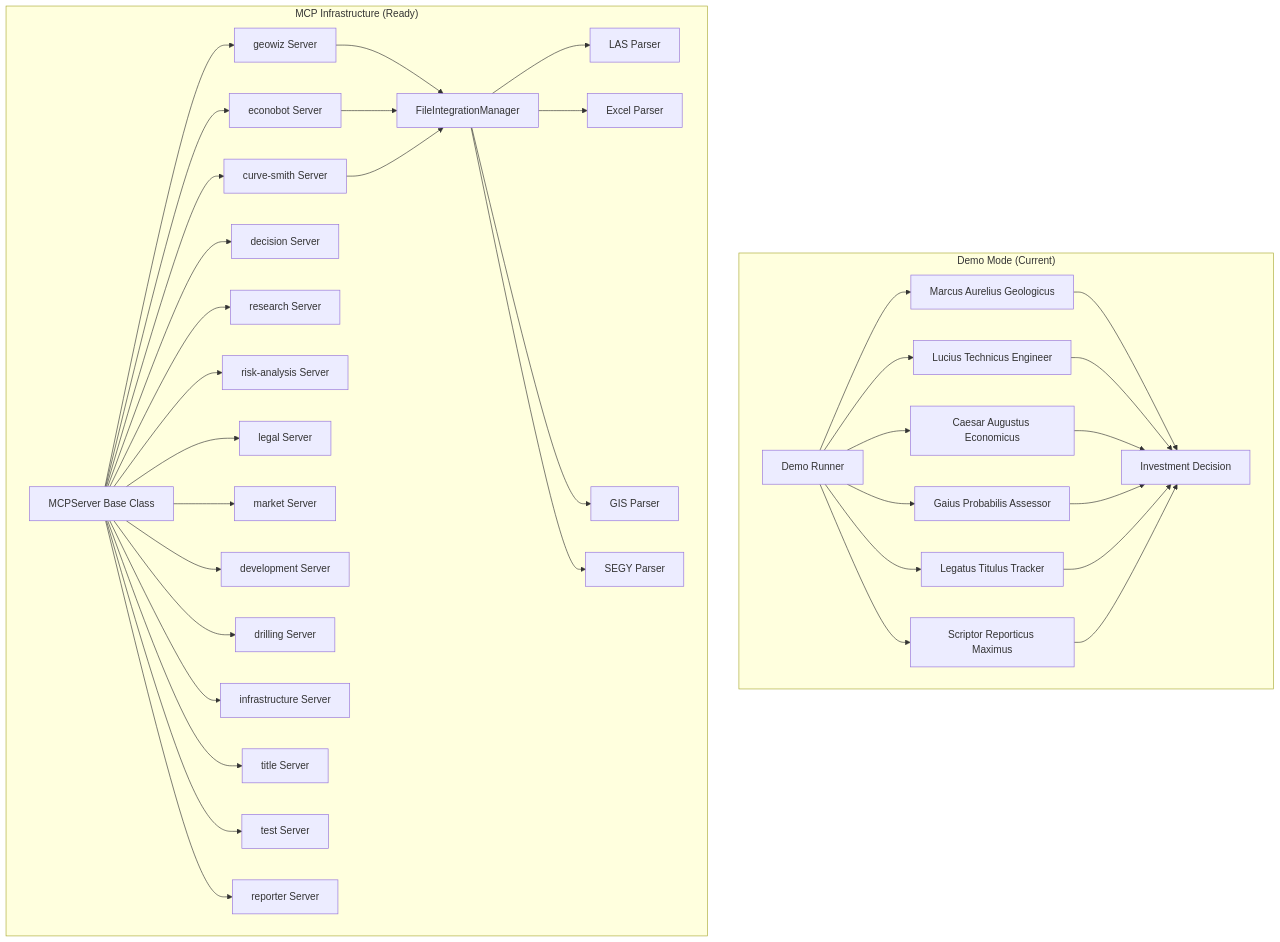
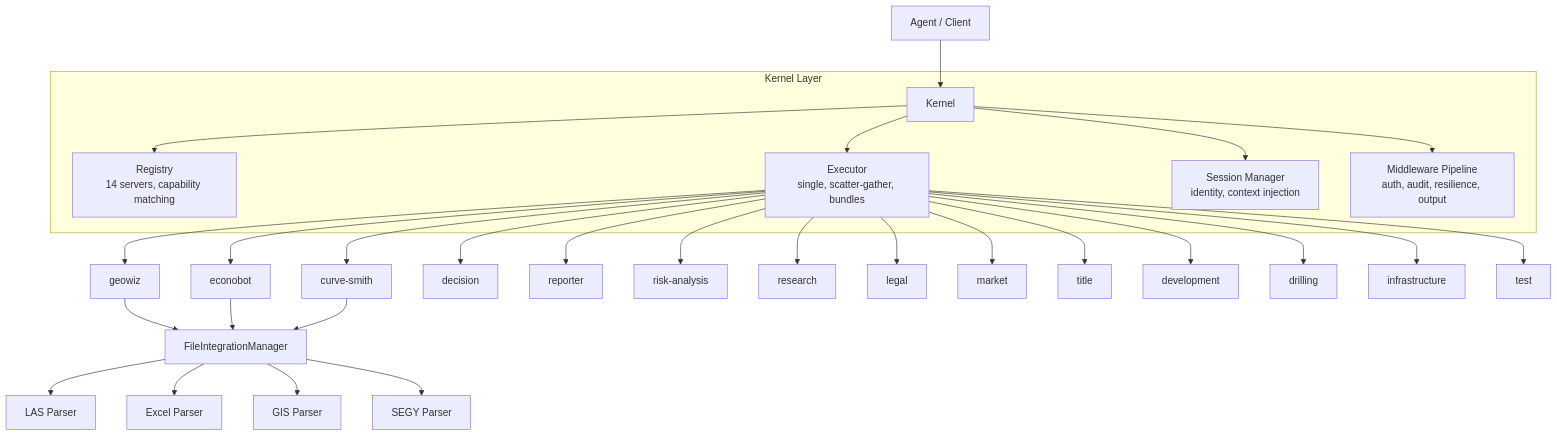
One commit to ryemyster/ShaleYeah changed the diagram in docs/ARCHITECTURE.md. Above: the diagram before and after it, drawn with Mermaid. The commit also changed other lines of this file and 83 other files, not shown here.

````diff
--- a/docs/ARCHITECTURE.md
+++ b/docs/ARCHITECTURE.md
@@ -19,43 +13,35 @@
 ```mermaid
 graph TB
-    subgraph "Demo Mode (Current)"
-        Demo[Demo Runner] --> A1[Marcus Aurelius Geologicus]
-        Demo --> A2[Lucius Technicus Engineer]
-        Demo --> A3[Caesar Augustus Economicus]
-        Demo --> A4[Gaius Probabilis Assessor]
-        Demo --> A5[Legatus Titulus Tracker]
-        Demo --> A6[Scriptor Reporticus Maximus]
-        A1 --> Report[Investment Decision]
-        A2 --> Report
-        A3 --> Report
-        A4 --> Report
-        A5 --> Report
-        A6 --> Report
+    Agent[Agent / Client] --> Kernel[Kernel]
+
+    subgraph "Kernel Layer"
+        Kernel --> Registry[Registry<br/>14 servers, capability matching]
+        Kernel --> Executor[Executor<br/>single, scatter-gather, bundles]
+        Kernel --> Sessions[Session Manager<br/>identity, context injection]
+        Kernel --> MW[Middleware Pipeline<br/>auth, audit, resilience, output]
     end
 
-    subgraph "MCP Infrastructure (Ready)"
-        Base[MCPServer Base Class] --> G[geowiz Server]
-        Base --> E[econobot Server]
-        Base --> C[curve-smith Server]
-        Base --> D[decision Server]
-        Base --> R[research Server]
-        Base --> Risk[risk-analysis Server]
-        Base --> L[legal Server]
-        Base --> M[market Server]
-        Base --> Dev[development Server]
-        Base --> Dr[drilling Server]
-        Base --> I[infrastructure Server]
-        Base --> T[title Server]
-        Base --> Test[test Server]
-        Base --> Rep[reporter Server]
+    Executor --> S1[geowiz]
+    Executor --> S2[econobot]
+    Executor --> S3[curve-smith]
+    Executor --> S4[decision]
+    Executor --> S5[reporter]
+    Executor --> S6[risk-analysis]
+    Executor --> S7[research]
+    Executor --> S8[legal]
+    Executor --> S9[market]
+    Executor --> S10[title]
+    Executor --> S11[development]
+    Executor --> S12[drilling]
+    Executor --> S13[infrastructure]
+    Executor --> S14[test]
 
-        G --> FileManager[FileIntegrationManager]
-        E --> FileManager
-        C --> FileManager
+    S1 --> FM[FileIntegrationManager]
+    S2 --> FM
+    S3 --> FM
 
-        FileManager --> LAS[LAS Parser]
-        FileManager --> Excel[Excel Parser]
-        FileManager --> GIS[GIS Parser]
-        FileManager --> SEGY[SEGY Parser]
-    end
+    FM --> LAS[LAS Parser]
+    FM --> Excel[Excel Parser]
+    FM --> GIS[GIS Parser]
+    FM --> SEGY[SEGY Parser]
 ```
````
